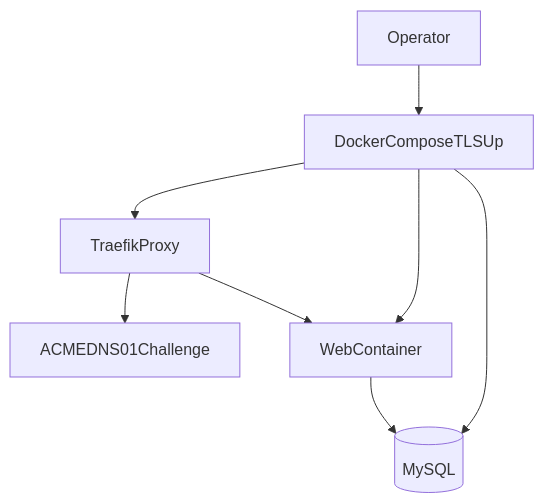
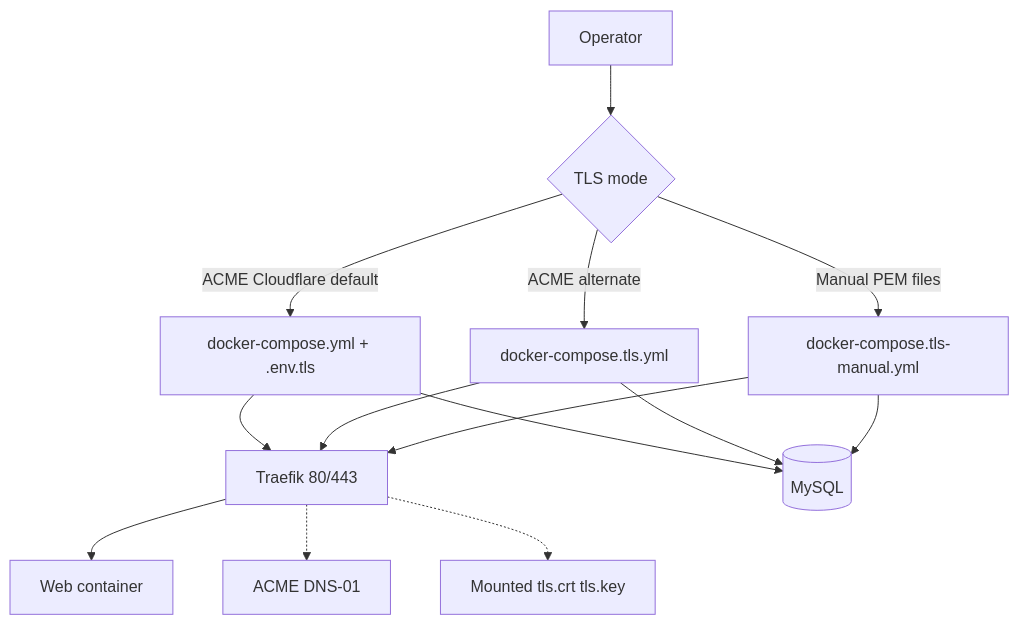
Before and after one commit to tinylama/rsyslog-webui: the diagram in docs/deployment.md, drawn with Mermaid. The commit also changed other lines of this file and 65 other files, not shown here.

````diff
--- a/docs/deployment.md
+++ b/docs/deployment.md
@@ -34,10 +84,16 @@
 ```mermaid
 flowchart TD
-  operator[Operator] --> composeUp[DockerComposeTLSUp]
-  composeUp --> traefik[TraefikProxy]
-  composeUp --> web[WebContainer]
-  composeUp --> db[(MySQL)]
-  traefik --> acme[ACMEDNS01Challenge]
-  traefik --> web
-  web --> db
+  operator[Operator] --> choice{TLS mode}
+  choice -->|ACME Cloudflare default| mainStack[docker-compose.yml + .env.tls]
+  choice -->|ACME alternate| acmeStack[docker-compose.tls.yml]
+  choice -->|Manual PEM files| manualStack[docker-compose.tls-manual.yml]
+  mainStack --> traefik[Traefik 80/443]
+  acmeStack --> traefik
+  manualStack --> traefik
+  traefik --> web[Web container]
+  mainStack --> db[(MySQL)]
+  acmeStack --> db
+  manualStack --> db
+  traefik -.-> acme[ACME DNS-01]
+  traefik -.-> files[Mounted tls.crt tls.key]
 ```
````
